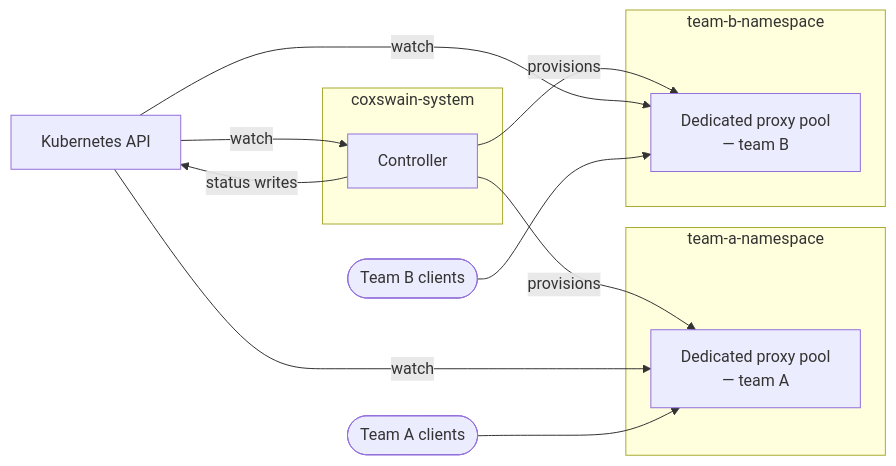
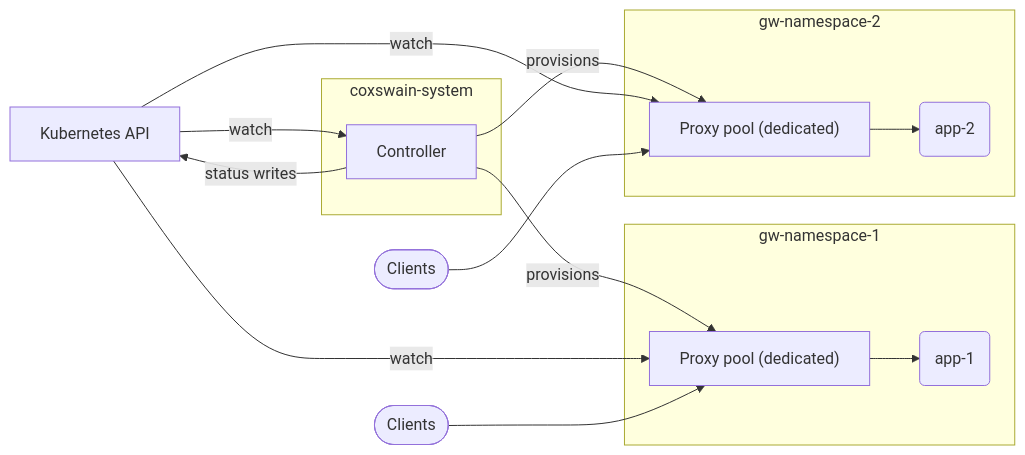
The fifth of 6 diagrams in docs/src/architecture.md (coxswain-labs/coxswain), drawn with Mermaid before and after one commit. The commit also changed other lines of this file and 4 other files, not shown here.

````diff
--- a/docs/src/architecture.md
+++ b/docs/src/architecture.md
@@ -127,26 +168,30 @@
 ```mermaid
 flowchart LR
     K8s[Kubernetes API]
 
     subgraph cs[coxswain-system]
         C[Controller]
     end
 
-    subgraph ns_a[team-a-namespace]
-        GPA[Dedicated proxy pool\n— team A]
+    subgraph ns_a[gw-namespace-1]
+        GPA["Proxy pool (dedicated)"]
+        A1(app-1)
     end
 
-    subgraph ns_b[team-b-namespace]
-        GPB[Dedicated proxy pool\n— team B]
+    subgraph ns_b[gw-namespace-2]
+        GPB["Proxy pool (dedicated)"]
+        A2(app-2)
     end
 
     K8s -->|watch| C
     C -->|status writes| K8s
     C -->|provisions| GPA
     C -->|provisions| GPB
     K8s -->|watch| GPA
     K8s -->|watch| GPB
 
-    ClientsA([Team A clients]) --> GPA
-    ClientsB([Team B clients]) --> GPB
+    ClientsA([Clients]) --> GPA
+    ClientsB([Clients]) --> GPB
+    GPA --> A1
+    GPB --> A2
 ```
````
